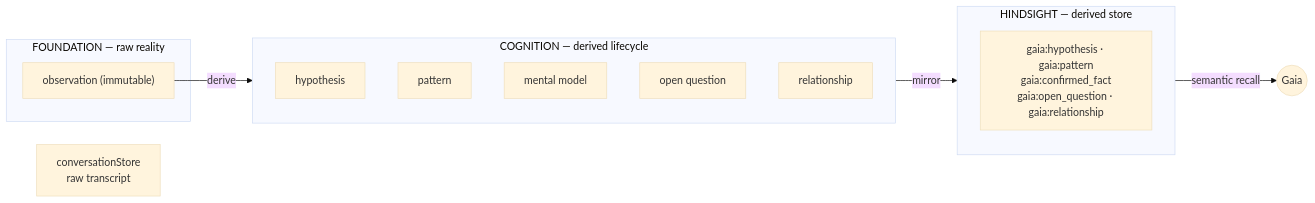
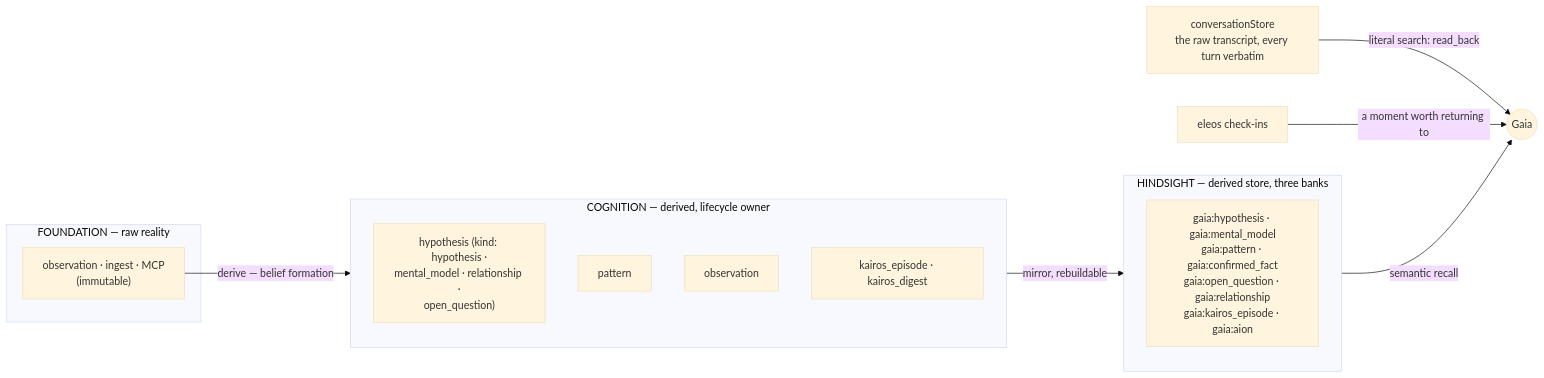
Before and after one commit to Bojanni050/Gaia-Cloud: the seventh of 7 diagrams in docs/architecture-graph.md, drawn with Mermaid (base theme). The commit also changed other lines of this file and 7 other files, not shown here.

````diff
--- a/docs/architecture-graph.md
+++ b/docs/architecture-graph.md
@@ -131,21 +209,23 @@
 ```mermaid
 flowchart LR
     subgraph raw["FOUNDATION — raw reality"]
-        obs["observation (immutable)"]
+        obs["observation · ingest · MCP<br/>(immutable)"]
     end
-    subgraph derived["COGNITION — derived lifecycle"]
-        hyp["hypothesis"]
+    subgraph derived["COGNITION — derived, lifecycle owner"]
+        hyp["hypothesis (kind: hypothesis ·<br/>mental_model · relationship ·<br/>open_question)"]
         pat["pattern"]
-        mod["mental model"]
-        q["open question"]
-        rel["relationship"]
+        ob2["observation"]
+        kai["kairos_episode · kairos_digest"]
     end
-    subgraph store["HINDSIGHT — derived store"]
-        g["gaia:hypothesis · gaia:pattern<br/>gaia:confirmed_fact<br/>gaia:open_question · gaia:relationship"]
+    subgraph store["HINDSIGHT — derived store, three banks"]
+        g["gaia:hypothesis · gaia:mental_model<br/>gaia:pattern · gaia:confirmed_fact<br/>gaia:open_question · gaia:relationship<br/>gaia:kairos_episode · gaia:aion"]
     end
-    hist["conversationStore<br/>raw transcript"]
+    hist["conversationStore<br/>the raw transcript, every turn verbatim"]
+    eleos["eleos check-ins"]
 
-    obs -->|"derive"| derived
-    derived -->|"mirror"| store
+    obs -->|"derive — belief formation"| derived
+    derived -->|"mirror, rebuildable"| store
     store -->|"semantic recall"| Gaia(("Gaia"))
+    hist -->|"literal search: read_back"| Gaia
+    eleos -->|"a moment worth returning to"| Gaia
 ```
````
